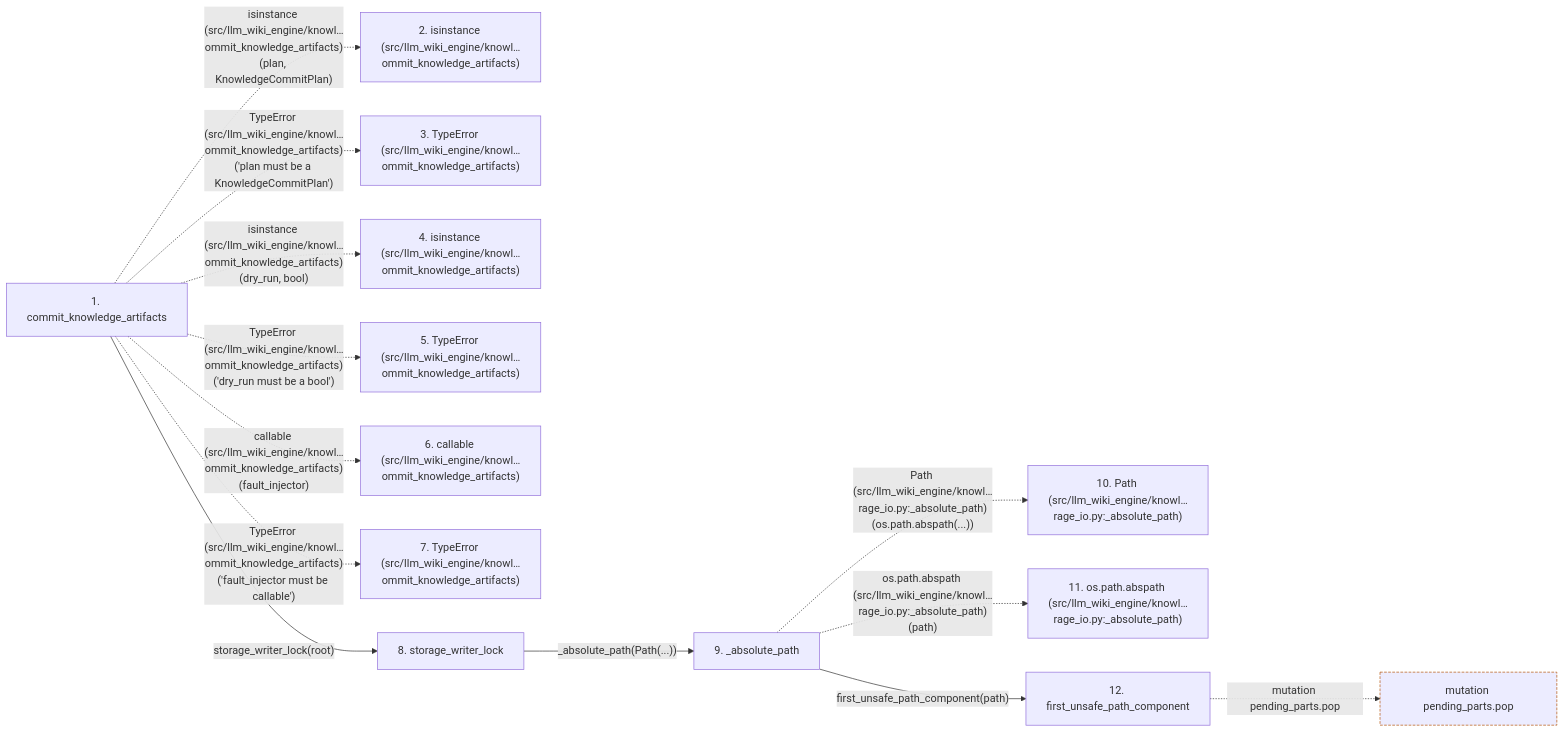
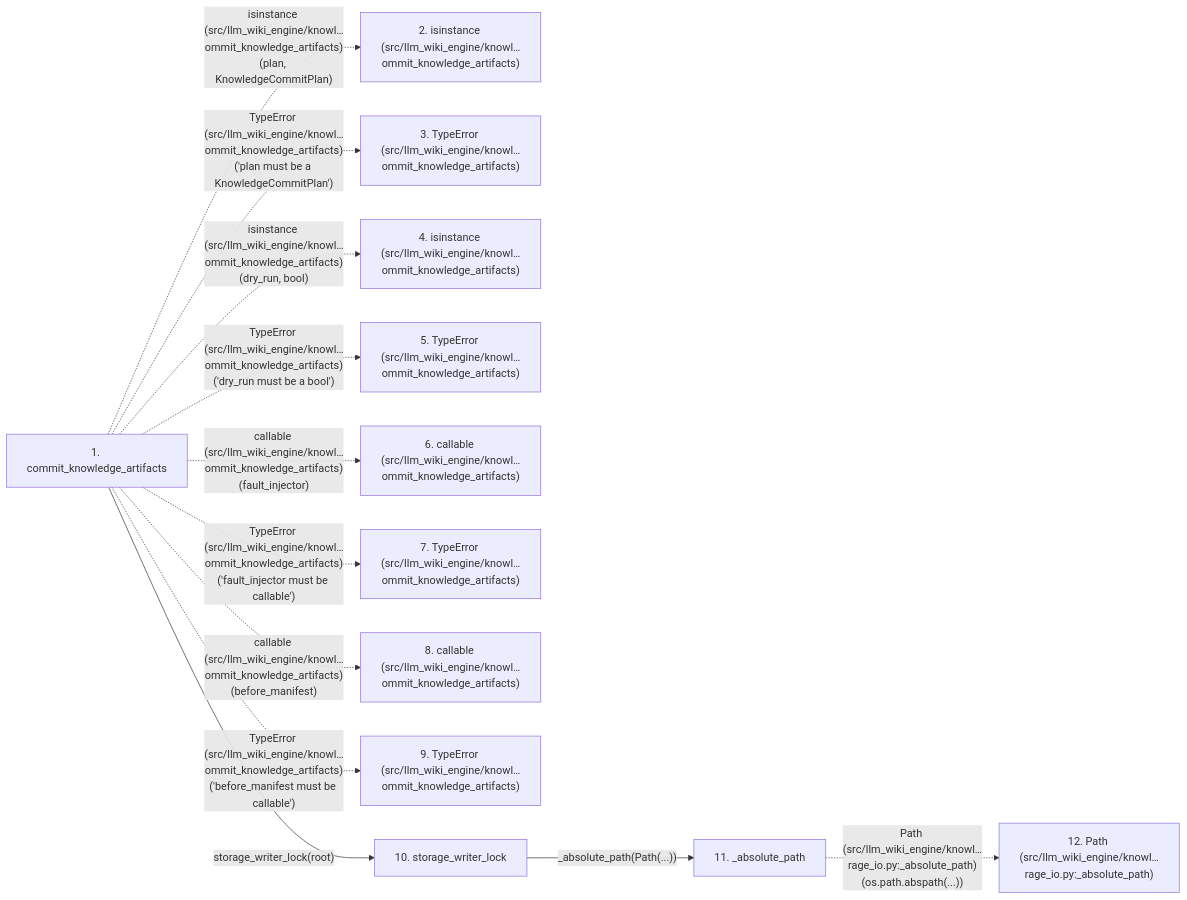
One commit to Denissvgn/python-wiki-llm changed the second of 2 diagrams in docs/llm_wiki/flows/api-commit_knowledge_artifacts.md. Above: the diagram before and after it, drawn with Mermaid. The commit also changed other lines of this file and 699 other files, not shown here.

````diff
--- a/docs/llm_wiki/flows/api-commit_knowledge_artifacts.md
+++ b/docs/llm_wiki/flows/api-commit_knowledge_artifacts.md
@@ -149,34 +149,29 @@
 ```mermaid
 flowchart LR
     s1["1. commit_knowledge_artifacts"]
     s2["2. isinstance (src/llm_wiki_engine/knowl…ommit_knowledge_artifacts)"]
     s3["3. TypeError (src/llm_wiki_engine/knowl…ommit_knowledge_artifacts)"]
     s4["4. isinstance (src/llm_wiki_engine/knowl…ommit_knowledge_artifacts)"]
     s5["5. TypeError (src/llm_wiki_engine/knowl…ommit_knowledge_artifacts)"]
     s6["6. callable (src/llm_wiki_engine/knowl…ommit_knowledge_artifacts)"]
     s7["7. TypeError (src/llm_wiki_engine/knowl…ommit_knowledge_artifacts)"]
-    s8["8. storage_writer_lock"]
-    s9["9. _absolute_path"]
-    s10["10. Path (src/llm_wiki_engine/knowl…rage_io.py:_absolute_path)"]
-    s11["11. os.path.abspath (src/llm_wiki_engine/knowl…rage_io.py:_absolute_path)"]
-    s12["12. first_unsafe_path_component"]
+    s8["8. callable (src/llm_wiki_engine/knowl…ommit_knowledge_artifacts)"]
+    s9["9. TypeError (src/llm_wiki_engine/knowl…ommit_knowledge_artifacts)"]
+    s10["10. storage_writer_lock"]
+    s11["11. _absolute_path"]
+    s12["12. Path (src/llm_wiki_engine/knowl…rage_io.py:_absolute_path)"]
     s1 -. "isinstance (src/llm_wiki_engine/knowl…ommit_knowledge_artifacts)(plan, KnowledgeCommitPlan)" .-> s2
     s1 -. "TypeError (src/llm_wiki_engine/knowl…ommit_knowledge_artifacts)('plan must be a KnowledgeCommitPlan')" .-> s3
     s1 -. "isinstance (src/llm_wiki_engine/knowl…ommit_knowledge_artifacts)(dry_run, bool)" .-> s4
     s1 -. "TypeError (src/llm_wiki_engine/knowl…ommit_knowledge_artifacts)('dry_run must be a bool')" .-> s5
     s1 -. "callable (src/llm_wiki_engine/knowl…ommit_knowledge_artifacts)(fault_injector)" .-> s6
     s1 -. "TypeError (src/llm_wiki_engine/knowl…ommit_knowledge_artifacts)('fault_injector must be callable')" .-> s7
-    s1 -->|"storage_writer_lock(root)"| s8
-    s8 -->|"_absolute_path(Path(...))"| s9
-    s9 -. "Path (src/llm_wiki_engine/knowl…rage_io.py:_absolute_path)(os.path.abspath(...))" .-> s10
-    s9 -. "os.path.abspath (src/llm_wiki_engine/knowl…rage_io.py:_absolute_path)(path)" .-> s11
-    s9 -->|"first_unsafe_path_component(path)"| s12
-    b0["mutation pending_parts.pop"]
-    s12 -. "mutation pending_parts.pop" .-> b0
+    s1 -. "callable (src/llm_wiki_engine/knowl…ommit_knowledge_artifacts)(before_manifest)" .-> s8
+    s1 -. "TypeError (src/llm_wiki_engine/knowl…ommit_knowledge_artifacts)('before_manifest must be callable')" .-> s9
+    s1 -->|"storage_writer_lock(root)"| s10
+    s10 -->|"_absolute_path(Path(...))"| s11
+    s11 -. "Path (src/llm_wiki_engine/knowl…rage_io.py:_absolute_path)(os.path.abspath(...))" .-> s12
     click s1 "../modules/knowledge_artifacts.md"
-    click s8 "../modules/maintenance_protocol.md"
-    click s9 "../modules/knowledge_storage_io.md"
-    click s12 "../modules/io.md"
-    classDef boundary stroke:#b45309,stroke-dasharray: 4 2
-    class b0 boundary
+    click s10 "../modules/maintenance_protocol.md"
+    click s11 "../modules/knowledge_storage_io.md"
 ```
````
